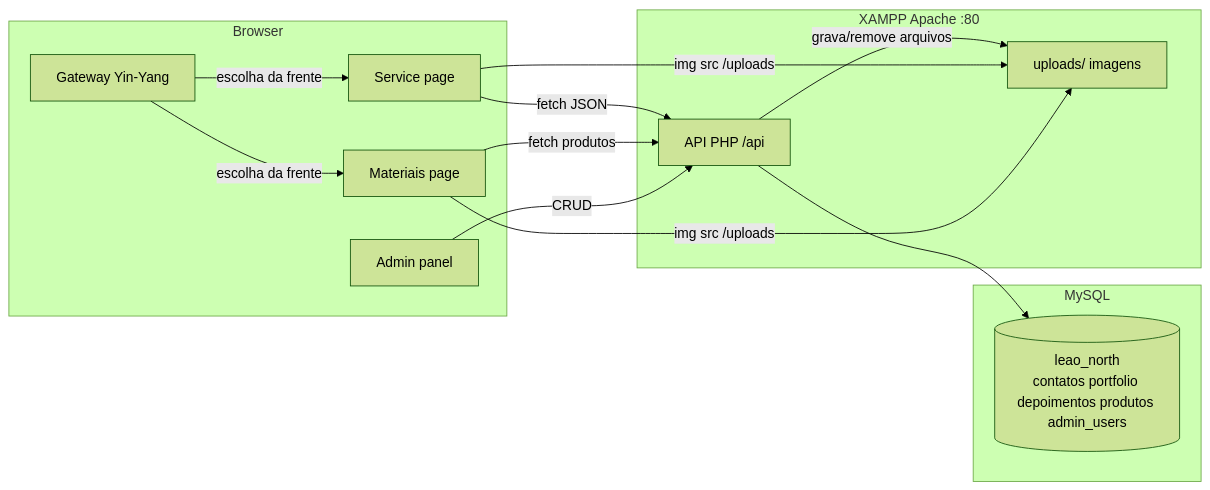
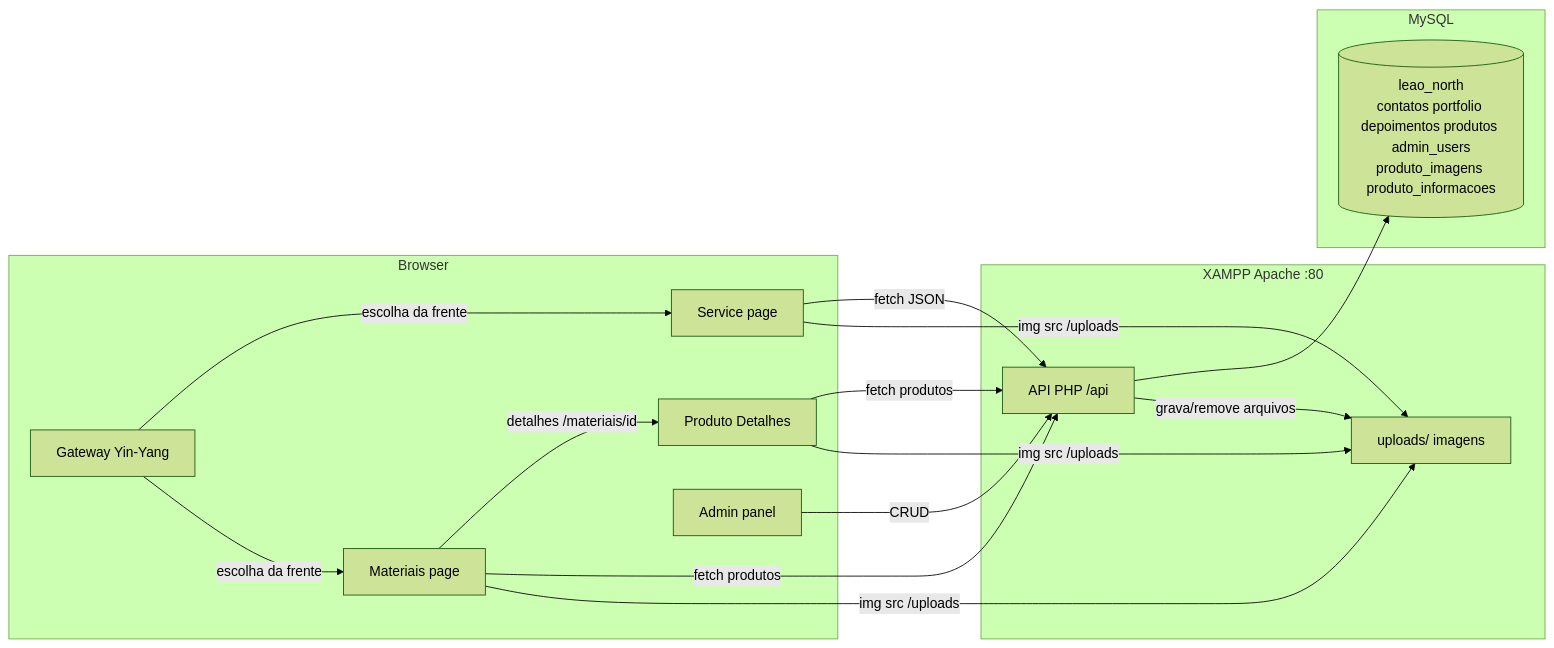
The diagram in CONTEXT.md (estagio-leao/site-leao), drawn with Mermaid (forest theme) before and after one commit. The commit also changed other lines of this file, not shown here.

````diff
--- a/CONTEXT.md
+++ b/CONTEXT.md
@@ -52,28 +54,32 @@
 ```mermaid
 flowchart LR
     subgraph Browser
         A[Gateway Yin-Yang]
         B[Service page]
         C[Materiais page]
-        D[Admin panel]
+        D[Produto Detalhes]
+        E[Admin panel]
     end
 
     subgraph XAMPP Apache :80
-        E[API PHP /api]
-        F[uploads/ imagens]
+        F[API PHP /api]
+        G[uploads/ imagens]
     end
 
     subgraph MySQL
-        G[(leao_north<br/>contatos portfolio depoimentos produtos admin_users)]
+        H[(leao_north<br/>contatos portfolio depoimentos produtos admin_users<br/>produto_imagens produto_informacoes)]
     end
 
     A -->|escolha da frente| B
     A -->|escolha da frente| C
-    B -->|fetch JSON| E
-    C -->|fetch produtos| E
-    D -->|CRUD| E
-    E --> G
-    E -->|grava/remove arquivos| F
-    B -->|img src /uploads| F
-    C -->|img src /uploads| F
+    C -->|detalhes /materiais/id| D
+    B -->|fetch JSON| F
+    C -->|fetch produtos| F
+    D -->|fetch produtos| F
+    E -->|CRUD| F
+    F --> H
+    F -->|grava/remove arquivos| G
+    B -->|img src /uploads| G
+    C -->|img src /uploads| G
+    D -->|img src /uploads| G
 ```
````
